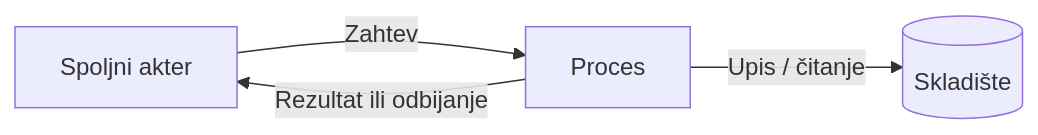
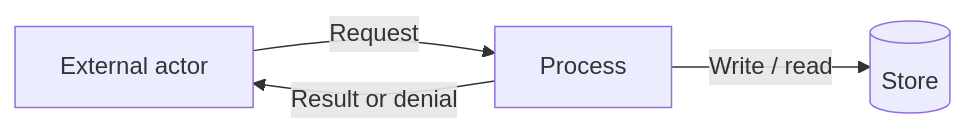
The second of 2 diagrams in docs/templates/PROJEKTNA_CELINA.md (owlCoder/scutum), drawn with Mermaid before and after one commit. The commit also changed other lines of this file and 14 other files, not shown here.

````diff
--- a/docs/templates/PROJEKTNA_CELINA.md
+++ b/docs/templates/PROJEKTNA_CELINA.md
@@ -25,6 +27,6 @@
 ```mermaid
 flowchart LR
-  U[Spoljni akter] -->|Zahtev| P[Proces]
-  P -->|Upis / čitanje| D[(Skladište)]
-  P -->|Rezultat ili odbijanje| U
+  U[External actor] -->|Request| P[Process]
+  P -->|Write / read| D[(Store)]
+  P -->|Result or denial| U
 ```
````
